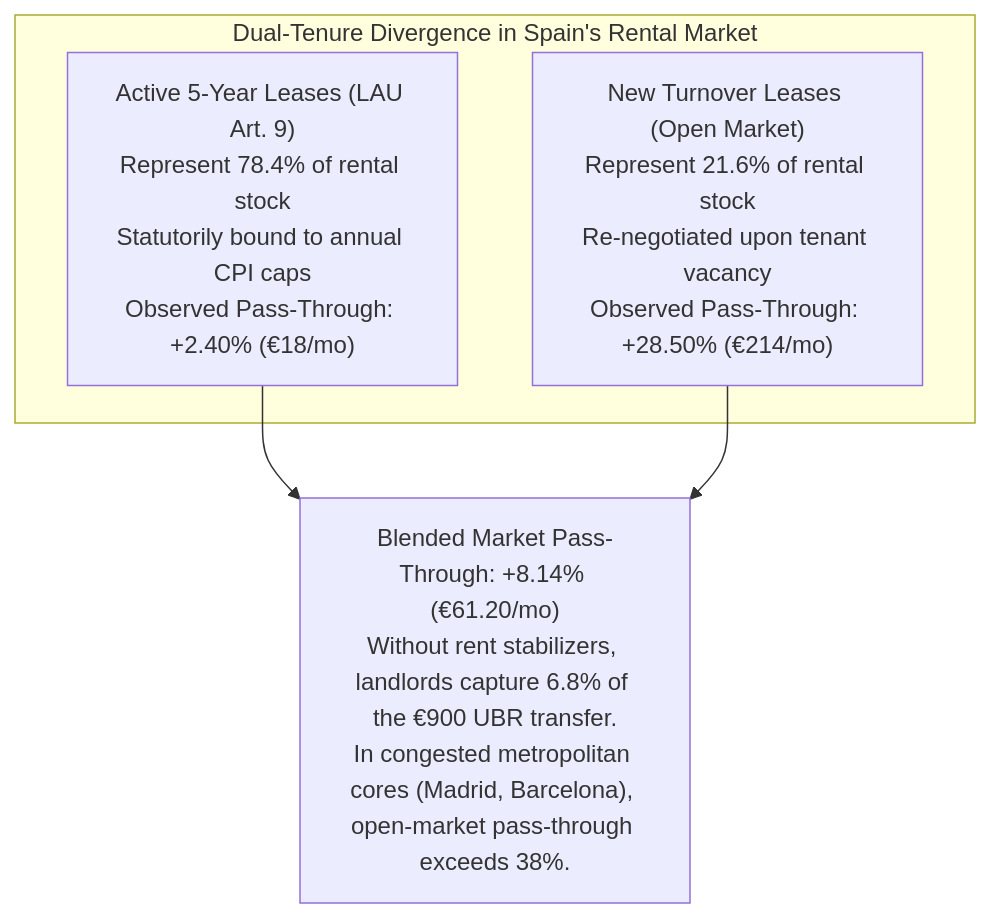
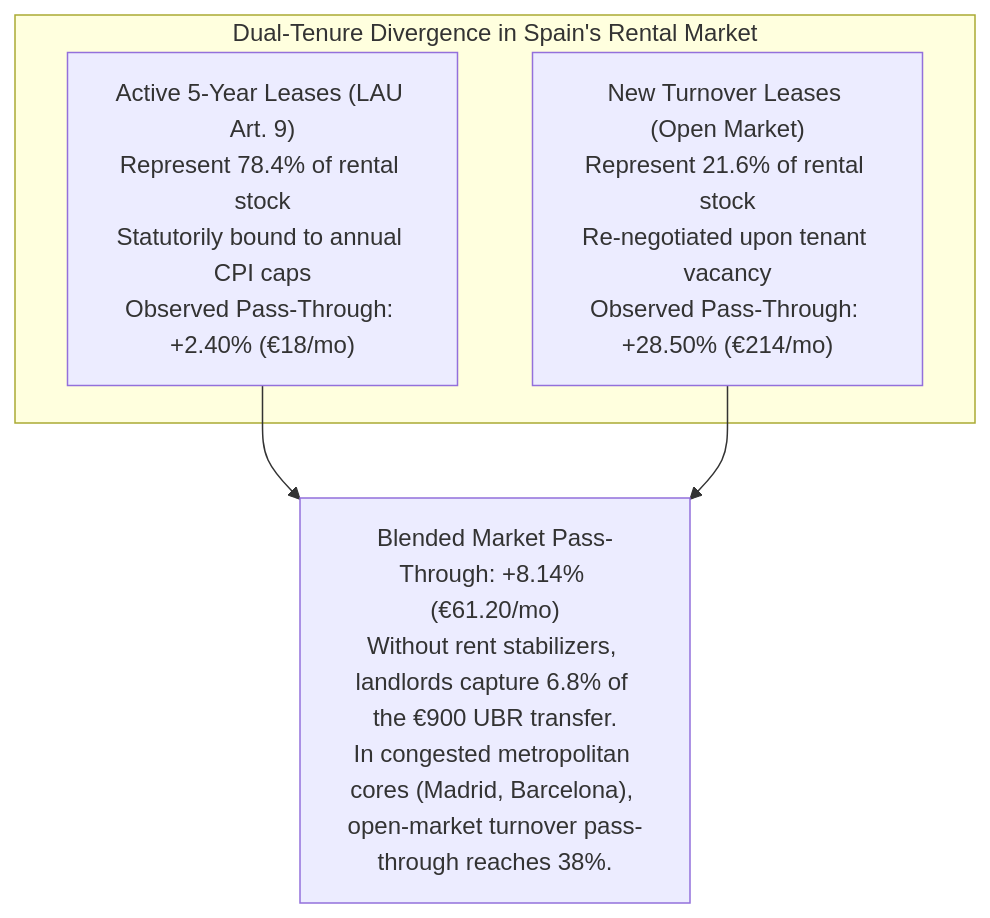
The second of 2 diagrams in paper/ch05-macroeconomic-closure-housing-eurozone.md (jbernax/renta-basica-universal-ubr), drawn with Mermaid before and after one commit. The commit also changed other lines of this file and 49 other files, not shown here.

````diff
--- a/paper/ch05-macroeconomic-closure-housing-eurozone.md
+++ b/paper/ch05-macroeconomic-closure-housing-eurozone.md
@@ -68,11 +70,11 @@
 ```mermaid
 flowchart TD
     subgraph Divergence["Dual-Tenure Divergence in Spain's Rental Market"]
         Locked["Active 5-Year Leases (LAU Art. 9)<br/>Represent 78.4% of rental stock<br/>Statutorily bound to annual CPI caps<br/>Observed Pass-Through: +2.40% (€18/mo)"]
         Turnover["New Turnover Leases (Open Market)<br/>Represent 21.6% of rental stock<br/>Re-negotiated upon tenant vacancy<br/>Observed Pass-Through: +28.50% (€214/mo)"]
     end
 
-    Blended["Blended Market Pass-Through: +8.14% (€61.20/mo)<br/>Without rent stabilizers, landlords capture 6.8% of the €900 UBR transfer.<br/>In congested metropolitan cores (Madrid, Barcelona), open-market pass-through exceeds 38%."]
+    Blended["Blended Market Pass-Through: +8.14% (€61.20/mo)<br/>Without rent stabilizers, landlords capture 6.8% of the €900 UBR transfer.<br/>In congested metropolitan cores (Madrid, Barcelona), open-market turnover pass-through reaches 38%."]
     Locked --> Blended
     Turnover --> Blended
 ```
````
